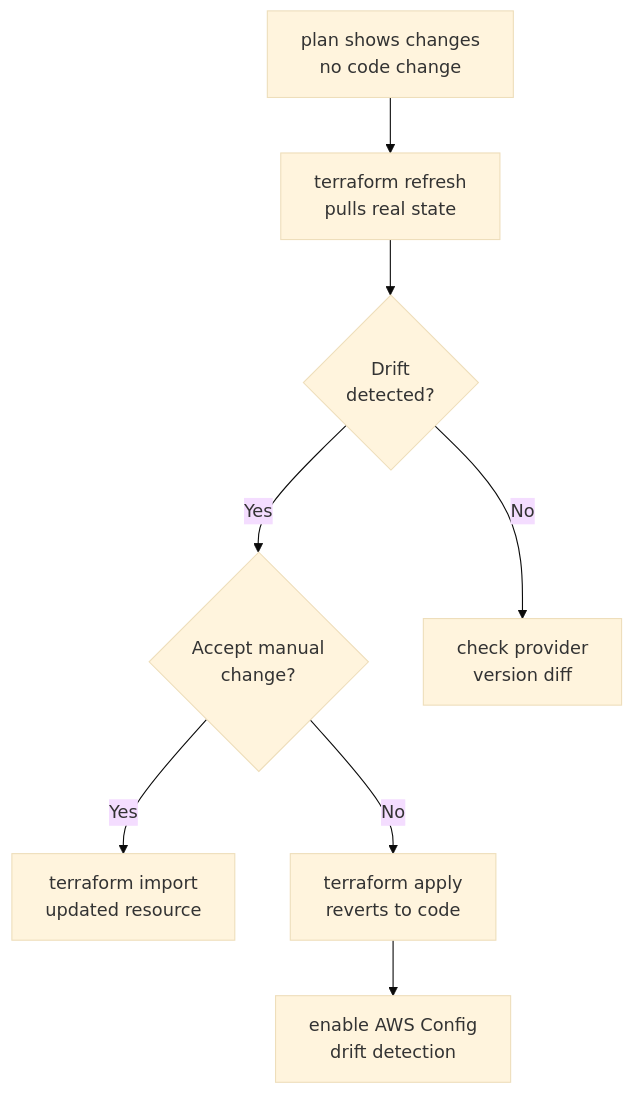
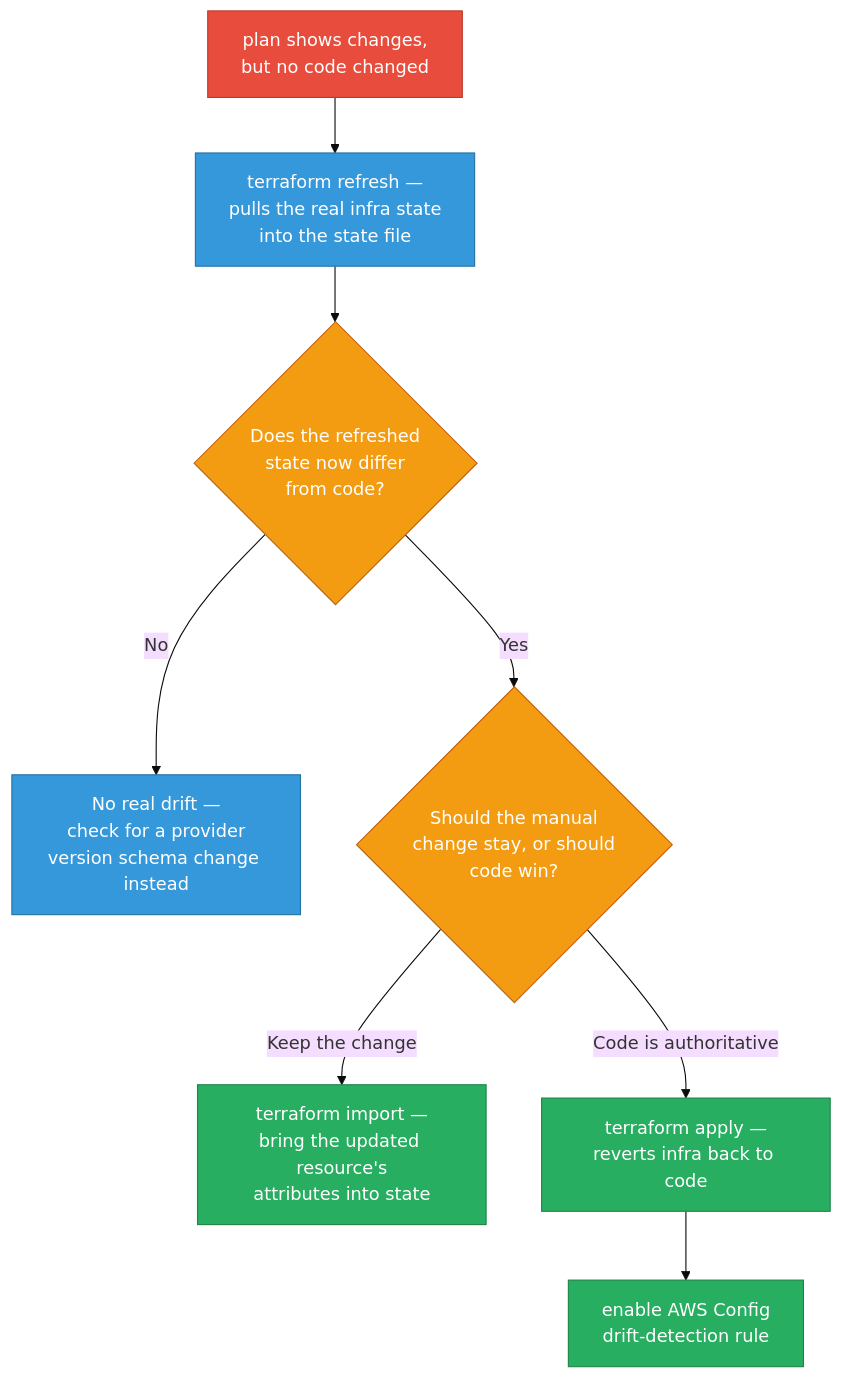
One commit to deepanshu-rawat6/DevOpsIndex changed the fourth of 8 diagrams in sre/iac-scenarios.md. Above: the diagram before and after it, drawn with Mermaid (base theme). The commit also changed other lines of this file and 10 other files, not shown here.

````diff
--- a/sre/iac-scenarios.md
+++ b/sre/iac-scenarios.md
@@ -117,10 +204,16 @@
 ```mermaid
 flowchart TD
-    A[plan shows changes<br/>no code change] --> B[terraform refresh<br/>pulls real state]
-    B --> C{Drift<br/>detected?}
-    C -- Yes --> D{Accept manual<br/>change?}
-    D -- Yes --> E[terraform import<br/>updated resource]
-    D -- No --> F[terraform apply<br/>reverts to code]
-    C -- No --> G[check provider<br/>version diff]
-    F --> H[enable AWS Config<br/>drift detection]
+    classDef err fill:#e74c3c,stroke:#c0392b,color:#fff
+    classDef decision fill:#f39c12,stroke:#ba6018,color:#fff
+    classDef fix fill:#27ae60,stroke:#1e8449,color:#fff
+    classDef verify fill:#3498db,stroke:#2471a3,color:#fff
+
+    PLAN["plan shows changes,<br/>but no code changed"]:::err --> REFRESH["terraform refresh —<br/>pulls the real infra state<br/>into the state file"]:::verify
+    REFRESH --> DRIFT{"Does the refreshed<br/>state now differ<br/>from code?"}:::decision
+    DRIFT -->|No| PROVIDER["No real drift —<br/>check for a provider<br/>version schema change instead"]:::verify
+
+    DRIFT -->|Yes| ACCEPT{"Should the manual<br/>change stay, or should<br/>code win?"}:::decision
+    ACCEPT -->|"Keep the change"| IMPORT["terraform import —<br/>bring the updated resource's<br/>attributes into state"]:::fix
+    ACCEPT -->|"Code is authoritative"| REVERT["terraform apply —<br/>reverts infra back to code"]:::fix
+    REVERT --> CONFIG["enable AWS Config<br/>drift-detection rule"]:::fix
 ```
````
